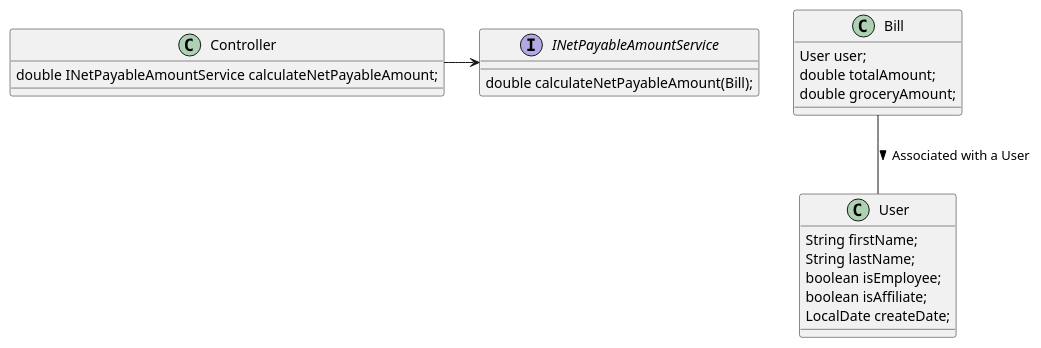
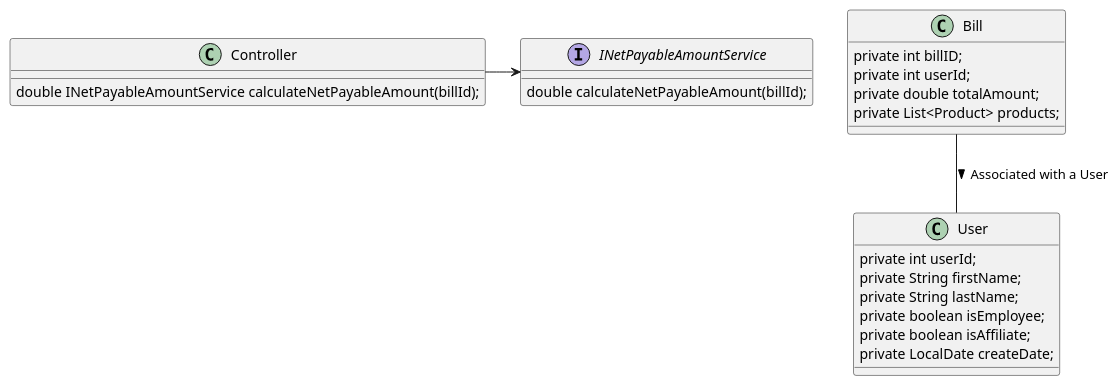
One commit to rohitNag-collab/retailstore changed the diagram in UML.puml. Above: the diagram before and after it, drawn with PlantUML. The commit also changed 11 other files, not shown here.

```diff
--- a/UML.puml
+++ b/UML.puml
@@ -1,33 +1,35 @@
 @startuml
 
 class Bill {
-    User user;
-    double totalAmount;
-    double groceryAmount;
+   private int billID;
+     private int userId;
+     private double totalAmount;
+     private List<Product> products;
 }
 
 class User {
 
-    String firstName;
-    String lastName;
-    boolean isEmployee;
-    boolean isAffiliate;
-    LocalDate createDate;
+    private int userId;
+     private String firstName;
+     private String lastName;
+     private boolean isEmployee;
+     private boolean isAffiliate;
+     private LocalDate createDate;
 
 }
 
 Bill -- User : > Associated with a User
 
 interface INetPayableAmountService {
-   double calculateNetPayableAmount(Bill);
+   double calculateNetPayableAmount(billId);
 }
 
 class Controller{
 
-        double INetPayableAmountService calculateNetPayableAmount;
+        double INetPayableAmountService calculateNetPayableAmount(billId);
 }
 
 Controller -> INetPayableAmountService
 
 
 @enduml
```
